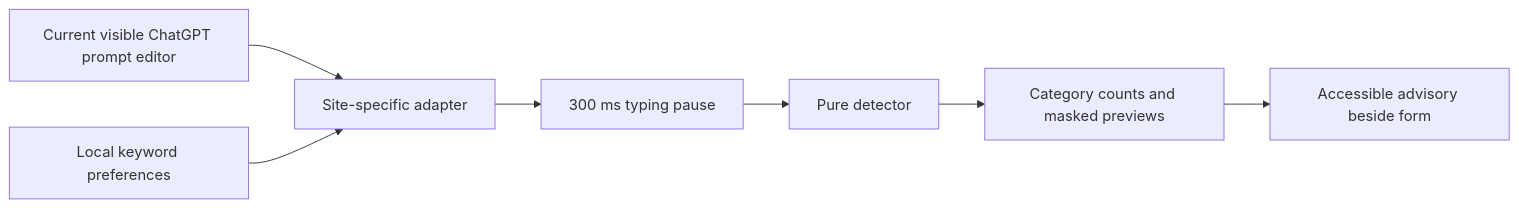
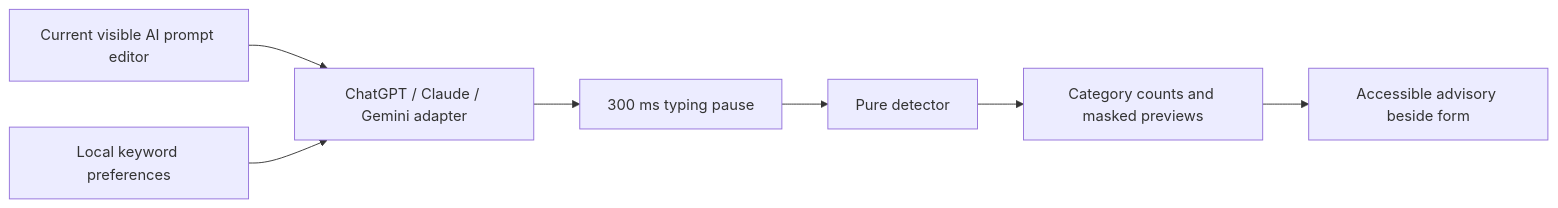
The first of 2 diagrams in docs/ARCHITECTURE.md (zaeem886/promptcheck), drawn with Mermaid before and after one commit. The commit also changed other lines of this file and 56 other files, not shown here.

````diff
--- a/docs/ARCHITECTURE.md
+++ b/docs/ARCHITECTURE.md
@@ -5,9 +5,9 @@
 ```mermaid
 flowchart LR
-  E[Current visible ChatGPT prompt editor] --> A[Site-specific adapter]
+  E[Current visible AI prompt editor] --> A[ChatGPT / Claude / Gemini adapter]
   K[Local keyword preferences] --> A
   A --> D[300 ms typing pause]
   D --> P[Pure detector]
   P --> M[Category counts and masked previews]
   M --> W[Accessible advisory beside form]
 ```
````
